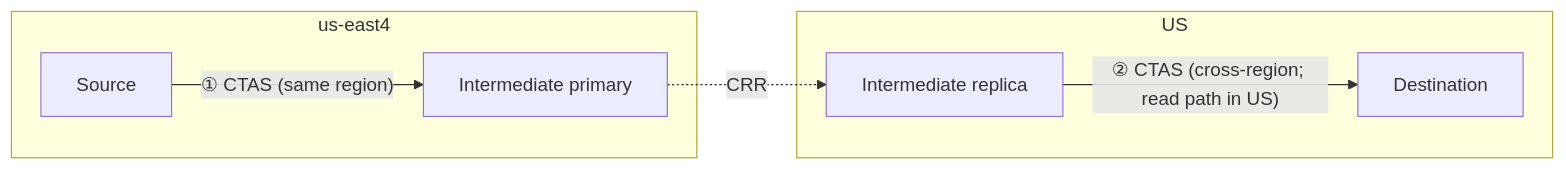
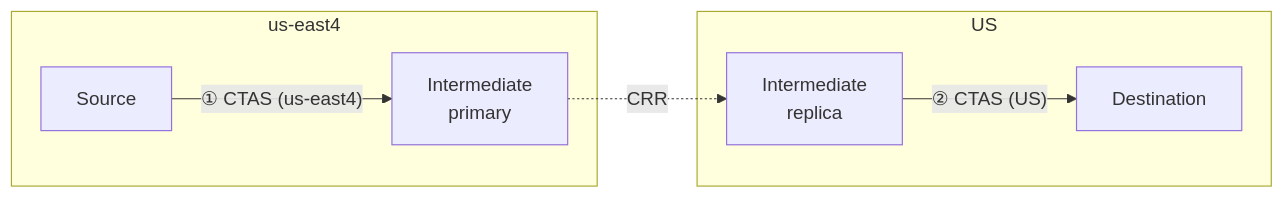
The second of 2 diagrams in docs/CROSS_REGION_TEST_REPORT.md (nikolaybotev/bq-cross-region-test), drawn with Mermaid before and after one commit. The commit also changed other lines of this file and 1 other file, not shown here.

````diff
--- a/docs/CROSS_REGION_TEST_REPORT.md
+++ b/docs/CROSS_REGION_TEST_REPORT.md
@@ -55,14 +87,14 @@
 ```mermaid
 flowchart LR
   subgraph e4["us-east4"]
     S[Source]
-    P[Intermediate primary]
+    P[Intermediate<br/>primary]
   end
   subgraph us["US"]
-    R[Intermediate replica]
+    R[Intermediate<br/>replica]
     D[Destination]
   end
-  S -->|"① CTAS (same region)"| P
+  S -->|"① CTAS (us-east4)"| P
   P -. "CRR" .-> R
-  R -->|"② CTAS (cross-region; read path in US)"| D
+  R -->|"② CTAS (US)"| D
 ```
````
